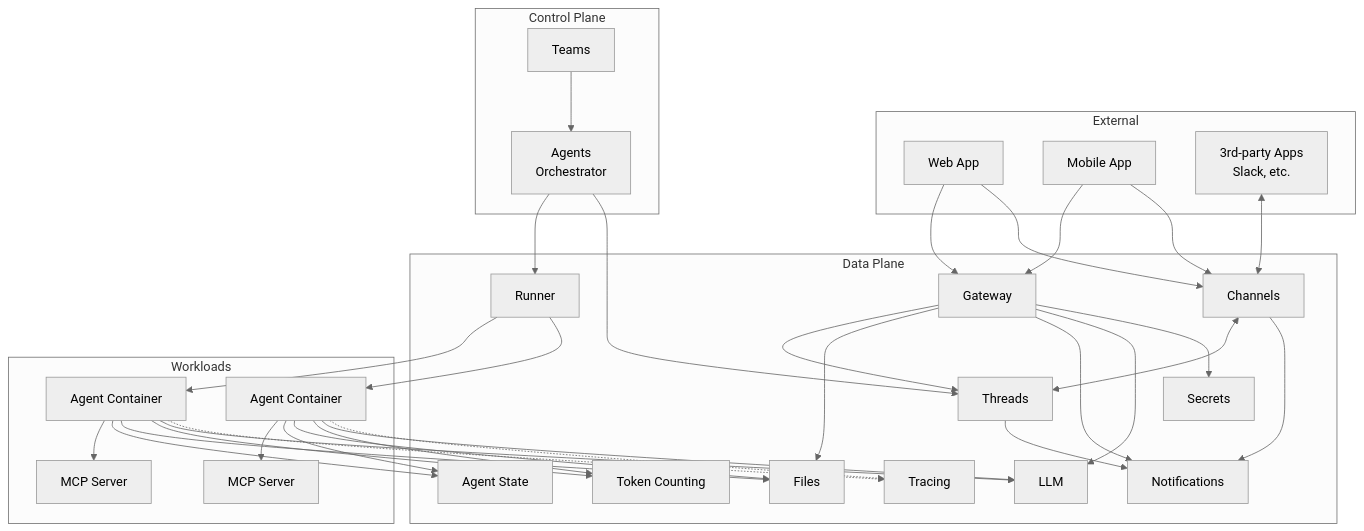
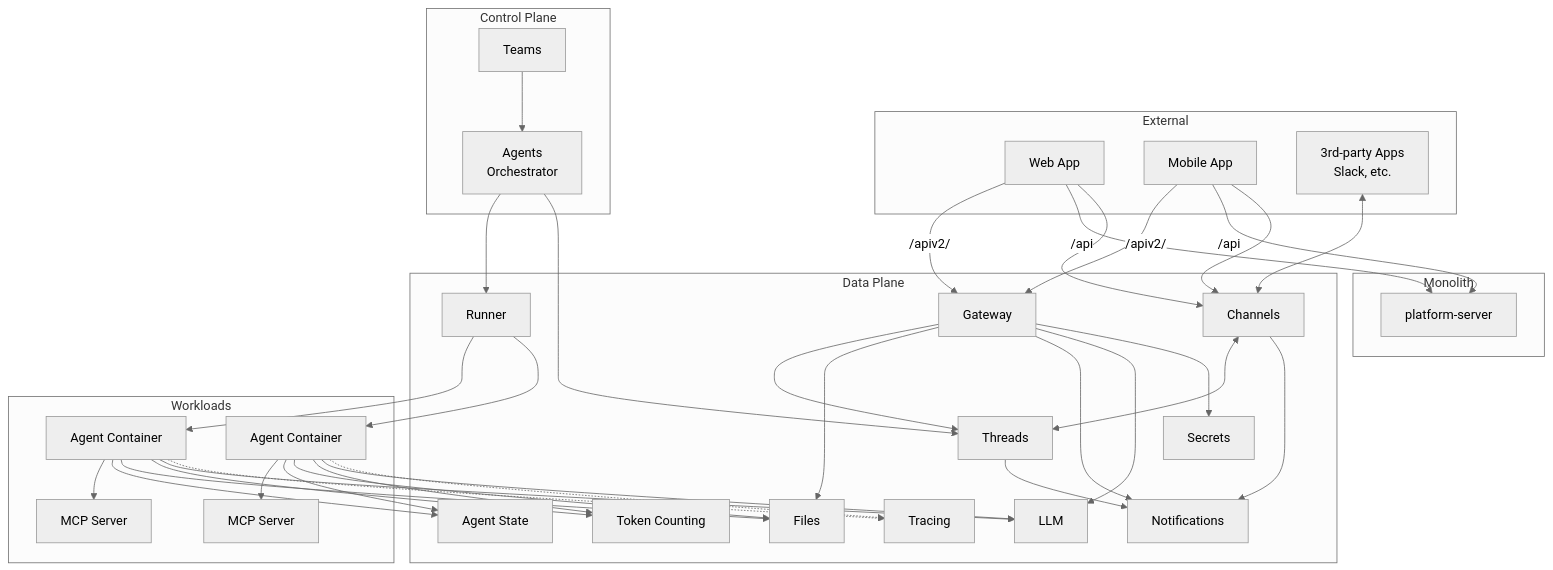
The diagram in architecture/system-overview.md (agynio/architecture), drawn with Mermaid (neutral theme) before and after one commit. The commit also changed other lines of this file and 2 other files, not shown here.

Commit message:
docs: document dual api paths

````diff
--- a/architecture/system-overview.md
+++ b/architecture/system-overview.md
@@ -7,61 +7,66 @@
 ```mermaid
 graph TB
     subgraph External
         WebApp[Web App]
         MobileApp[Mobile App]
         ThirdParty[3rd-party Apps<br/>Slack, etc.]
     end
 
     subgraph Control Plane
         Teams[Teams]
         AgentsOrch[Agents<br/>Orchestrator]
     end
 
     subgraph Data Plane
         Gateway[Gateway]
         Channels[Channels]
         Threads[Threads]
         Files[Files]
         TokenCounting[Token Counting]
         LLM[LLM]
         Secrets[Secrets]
         Notifications[Notifications]
         Runner[Runner]
         AgentState[Agent State]
         Tracing[Tracing]
     end
 
     subgraph Workloads
         Agent1[Agent Container]
         Agent2[Agent Container]
         MCP1[MCP Server]
         MCP2[MCP Server]
     end
 
-    WebApp & MobileApp --> Gateway
+    subgraph Monolith
+        PS[platform-server]
+    end
+
+    WebApp & MobileApp -- "/apiv2/" --> Gateway
+    WebApp & MobileApp -- "/api" --> PS
     ThirdParty <--> Channels
     WebApp & MobileApp --> Channels
 
     Gateway --> Threads
     Gateway --> Files
     Gateway --> Notifications
     Gateway --> LLM
     Gateway --> Secrets
     Channels <--> Threads
     Channels --> Notifications
 
     Threads --> Notifications
     AgentsOrch --> Runner
     AgentsOrch --> Threads
 
     Runner --> Agent1 & Agent2
     Agent1 --> MCP1
     Agent2 --> MCP2
     Agent1 & Agent2 --> AgentState
     Agent1 & Agent2 --> Files
     Agent1 & Agent2 --> TokenCounting
     Agent1 & Agent2 --> LLM
     Agent1 & Agent2 -.-> Tracing
 
     Teams --> AgentsOrch
 ```
````
